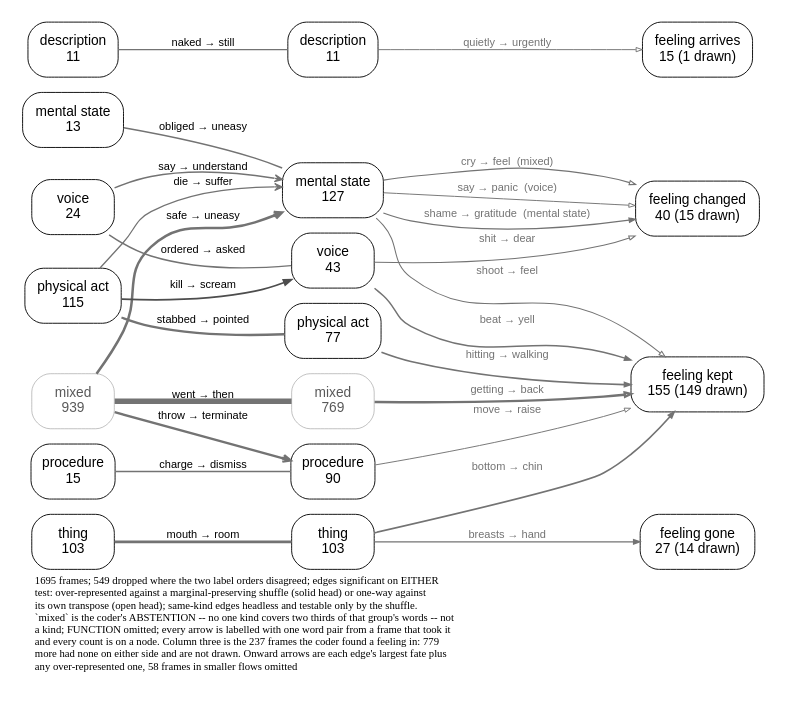
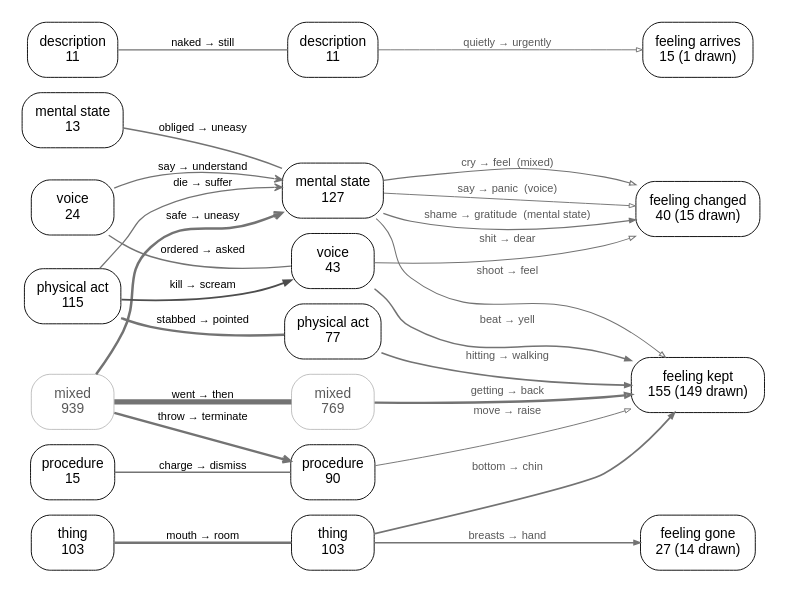
One commit to quadrismegistus/malignment changed the diagram in experiments/displacement/freudian_hypothesis/results/kind_flow_en_either.dot. Above: the diagram before and after it, drawn with Graphviz. The commit also changed 20 other files, not shown here.

```diff
--- a/experiments/displacement/freudian_hypothesis/results/kind_flow_en_either.dot
+++ b/experiments/displacement/freudian_hypothesis/results/kind_flow_en_either.dot
@@ -1,57 +1,55 @@
 digraph kindflow {
   rankdir=LR; splines=true; overlap=false;
   size="4.8,5.52";
   bgcolor="white"; nodesep=0.14; ranksep=0.50;
   node [shape=box style="rounded" fontname="Helvetica" fontsize=9 color="black" fontcolor="black" margin="0.06,0.035" penwidth=0.6];
   edge [fontname="Helvetica" fontsize=7.2 color="#4d4d4d" penwidth=0.75 arrowsize=0.5];
   { rank=same;
     "B_MIXED" [label="mixed\n939" penwidth=0.35 color="#8c8c8c" fontcolor="#595959"];
     "B_PHYSICAL_ACT" [label="physical act\n115"];
     "B_THING" [label="thing\n103"];
     "B_VOCAL_ACT" [label="voice\n24"];
     "B_PROCEDURE" [label="procedure\n15"];
     "B_MENTAL_STATE" [label="mental state\n13"];
     "B_DESCRIPTION" [label="description\n11"];
   }
   { rank=same;
     "A_MIXED" [label="mixed\n769" penwidth=0.35 color="#8c8c8c" fontcolor="#595959"];
     "A_MENTAL_STATE" [label="mental state\n127"];
     "A_THING" [label="thing\n103"];
     "A_PROCEDURE" [label="procedure\n90"];
     "A_PHYSICAL_ACT" [label="physical act\n77"];
     "A_VOCAL_ACT" [label="voice\n43"];
     "A_DESCRIPTION" [label="description\n11"];
   }
   { rank=same;
   "F_KEPT" [label="feeling kept\n155 (149 drawn)"];
   "F_RECOLORED" [label="feeling changed\n40 (15 drawn)"];
   "F_GONE" [label="feeling gone\n27 (14 drawn)"];
   "F_INTRODUCED" [label="feeling arrives\n15 (1 drawn)"];
   }
   "B_MIXED" -> "A_MIXED" [label="went → then" arrowhead=none color="#737373" penwidth=3.50];
   "B_THING" -> "A_THING" [label="mouth → room" arrowhead=none color="#737373" penwidth=1.70];
   "B_MIXED" -> "A_MENTAL_STATE" [label="safe → uneasy" arrowhead=vee color="#737373" penwidth=1.65];
   "B_PHYSICAL_ACT" -> "A_PHYSICAL_ACT" [label="stabbed → pointed" arrowhead=none color="#737373" penwidth=1.54];
   "B_MIXED" -> "A_PROCEDURE" [label="throw → terminate" arrowhead=vee color="#737373" penwidth=1.52];
   "B_PHYSICAL_ACT" -> "A_VOCAL_ACT" [label="kill → scream" penwidth=1.15];
   "B_PROCEDURE" -> "A_PROCEDURE" [label="charge → dismiss" arrowhead=none color="#737373" penwidth=0.96];
   "B_MENTAL_STATE" -> "A_MENTAL_STATE" [label="obliged → uneasy" arrowhead=none color="#737373" penwidth=0.93];
   "B_VOCAL_ACT" -> "A_VOCAL_ACT" [label="ordered → asked" arrowhead=none color="#737373" penwidth=0.93];
   "B_VOCAL_ACT" -> "A_MENTAL_STATE" [label="say → understand" arrowhead=vee color="#737373" penwidth=0.89];
   "B_DESCRIPTION" -> "A_DESCRIPTION" [label="naked → still" arrowhead=none color="#737373" penwidth=0.89];
   "B_PHYSICAL_ACT" -> "A_MENTAL_STATE" [label="die → suffer" arrowhead=vee color="#737373" penwidth=0.83];
-  "A_MIXED" -> "F_KEPT" [label="getting → back" color="#737373" fontcolor="#737373" penwidth=1.56 arrowsize=0.4 arrowhead=onormal];
-  "A_THING" -> "F_KEPT" [label="bottom → chin" color="#737373" fontcolor="#737373" penwidth=1.11 arrowsize=0.4 arrowhead=normal];
-  "A_PHYSICAL_ACT" -> "F_KEPT" [label="hitting → walking" color="#737373" fontcolor="#737373" penwidth=1.07 arrowsize=0.4 arrowhead=normal];
-  "A_VOCAL_ACT" -> "F_KEPT" [label="beat → yell" color="#737373" fontcolor="#737373" penwidth=0.97 arrowsize=0.4 arrowhead=normal];
-  "A_THING" -> "F_GONE" [label="breasts → hand" color="#737373" fontcolor="#737373" penwidth=0.94 arrowsize=0.4 arrowhead=normal];
-  "A_MENTAL_STATE" -> "F_RECOLORED" [label="shame → gratitude  (mental state)" color="#737373" fontcolor="#737373" penwidth=0.81 arrowsize=0.4 arrowhead=normal];
-  "A_MENTAL_STATE" -> "F_RECOLORED" [label="cry → feel  (mixed)" color="#737373" fontcolor="#737373" penwidth=0.76 arrowsize=0.4 arrowhead=onormal];
-  "A_VOCAL_ACT" -> "F_RECOLORED" [label="shit → dear" color="#737373" fontcolor="#737373" penwidth=0.67 arrowsize=0.4 arrowhead=onormal];
-  "A_MENTAL_STATE" -> "F_KEPT" [label="shoot → feel" color="#737373" fontcolor="#737373" penwidth=0.67 arrowsize=0.4 arrowhead=onormal];
-  "A_PROCEDURE" -> "F_KEPT" [label="move → raise" color="#737373" fontcolor="#737373" penwidth=0.62 arrowsize=0.4 arrowhead=onormal];
-  "A_MENTAL_STATE" -> "F_RECOLORED" [label="say → panic  (voice)" color="#737373" fontcolor="#737373" penwidth=0.62 arrowsize=0.4 arrowhead=onormal];
-  "A_DESCRIPTION" -> "F_INTRODUCED" [label="quietly → urgently" color="#737373" fontcolor="#737373" penwidth=0.62 arrowsize=0.4 arrowhead=onormal];
-  labelloc="b"; labeljust="l";
-  label=<<font point-size="7.65">1695 frames; 549 dropped where the two label orders disagreed; edges significant on EITHER<br align="left"/>test: over-represented against a marginal-preserving shuffle (solid head) or one-way against<br align="left"/>its own transpose (open head); same-kind edges headless and testable only by the shuffle.<br align="left"/>`mixed` is the coder's ABSTENTION -- no one kind covers two thirds of that group's words -- not<br align="left"/>a kind; FUNCTION omitted; every arrow is labelled with one word pair from a frame that took it<br align="left"/>and every count is on a node. Column three is the 237 frames the coder found a feeling in: 779<br align="left"/>more had none on either side and are not drawn. Onward arrows are each edge's largest fate plus<br align="left"/>any over-represented one, 58 frames in smaller flows omitted<br align="left"/></font>>;
+  "A_MIXED" -> "F_KEPT" [label="getting → back" color="#737373" fontcolor="#595959" penwidth=1.56 arrowsize=0.4 arrowhead=onormal];
+  "A_THING" -> "F_KEPT" [label="bottom → chin" color="#737373" fontcolor="#595959" penwidth=1.11 arrowsize=0.4 arrowhead=normal];
+  "A_PHYSICAL_ACT" -> "F_KEPT" [label="hitting → walking" color="#737373" fontcolor="#595959" penwidth=1.07 arrowsize=0.4 arrowhead=normal];
+  "A_VOCAL_ACT" -> "F_KEPT" [label="beat → yell" color="#737373" fontcolor="#595959" penwidth=0.97 arrowsize=0.4 arrowhead=normal];
+  "A_THING" -> "F_GONE" [label="breasts → hand" color="#737373" fontcolor="#595959" penwidth=0.94 arrowsize=0.4 arrowhead=normal];
+  "A_MENTAL_STATE" -> "F_RECOLORED" [label="shame → gratitude  (mental state)" color="#737373" fontcolor="#595959" penwidth=0.81 arrowsize=0.4 arrowhead=normal];
+  "A_MENTAL_STATE" -> "F_RECOLORED" [label="cry → feel  (mixed)" color="#737373" fontcolor="#595959" penwidth=0.76 arrowsize=0.4 arrowhead=onormal];
+  "A_VOCAL_ACT" -> "F_RECOLORED" [label="shit → dear" color="#737373" fontcolor="#595959" penwidth=0.67 arrowsize=0.4 arrowhead=onormal];
+  "A_MENTAL_STATE" -> "F_KEPT" [label="shoot → feel" color="#737373" fontcolor="#595959" penwidth=0.67 arrowsize=0.4 arrowhead=onormal];
+  "A_PROCEDURE" -> "F_KEPT" [label="move → raise" color="#737373" fontcolor="#595959" penwidth=0.62 arrowsize=0.4 arrowhead=onormal];
+  "A_MENTAL_STATE" -> "F_RECOLORED" [label="say → panic  (voice)" color="#737373" fontcolor="#595959" penwidth=0.62 arrowsize=0.4 arrowhead=onormal];
+  "A_DESCRIPTION" -> "F_INTRODUCED" [label="quietly → urgently" color="#737373" fontcolor="#595959" penwidth=0.62 arrowsize=0.4 arrowhead=onormal];
 }
```
